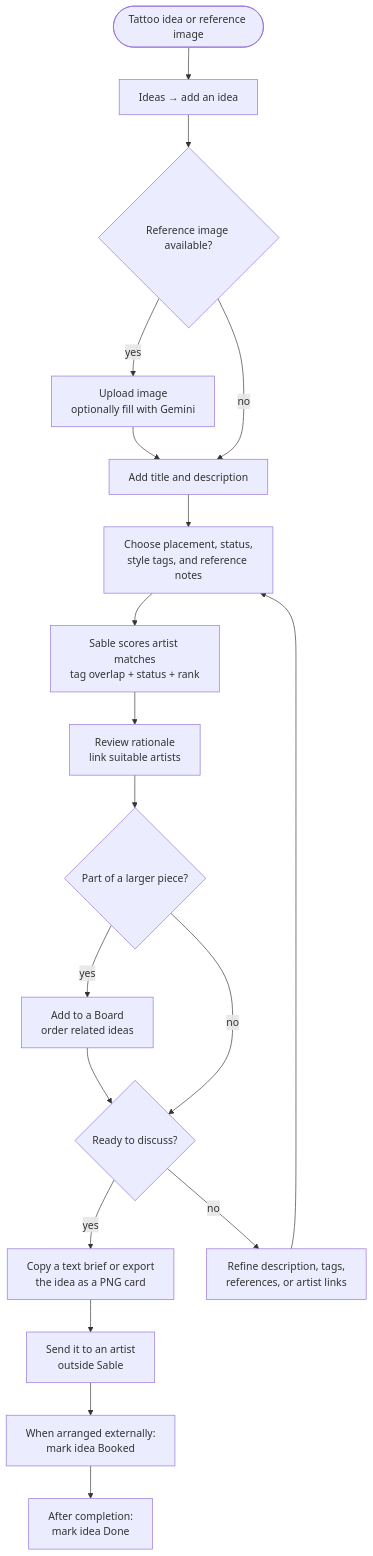
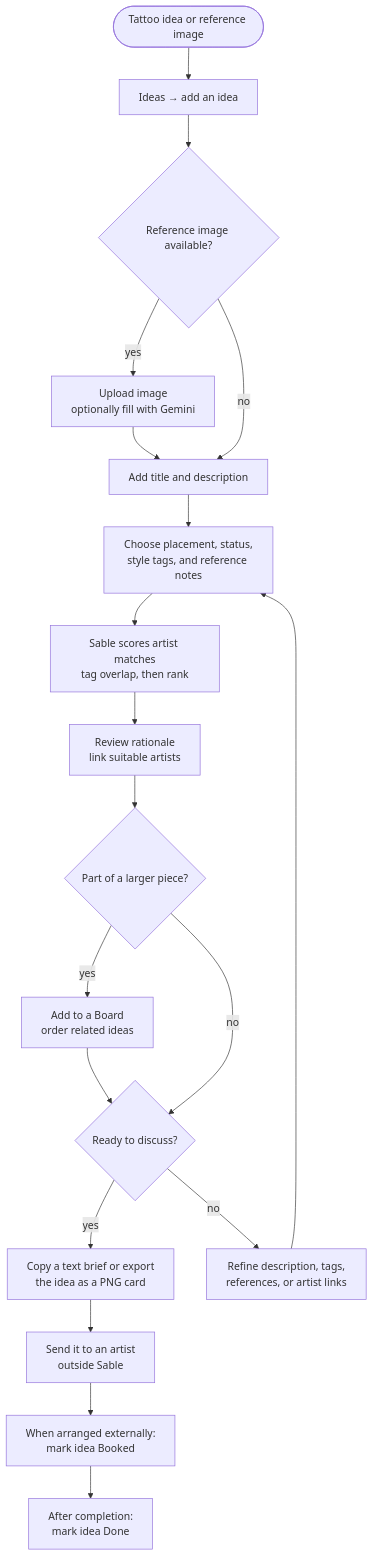
One commit to Pritesh1980/sable changed the third of 8 diagrams in docs/USER-WORKFLOWS.md. Above: the diagram before and after it, drawn with Mermaid. The commit also changed other lines of this file and 85 other files, not shown here.

First line of the commit message:
feat(plan): Pipeline becomes Plan, and artist status leaves the app (#220 D)

````diff
--- a/docs/USER-WORKFLOWS.md
+++ b/docs/USER-WORKFLOWS.md
@@ -124,28 +118,28 @@
 ```mermaid
 flowchart TB
   START(["Tattoo idea or reference image"])
   NEW["Ideas → add an idea"]
   IMAGE{"Reference image available?"}
   FILL["Upload image<br/>optionally fill with Gemini"]
   WRITE["Add title and description"]
   SHAPE["Choose placement, status,<br/>style tags, and reference notes"]
-  MATCH["Sable scores artist matches<br/>tag overlap + status + rank"]
+  MATCH["Sable scores artist matches<br/>tag overlap, then rank"]
   LINK["Review rationale<br/>link suitable artists"]
   BOARD{"Part of a larger piece?"}
   GROUP["Add to a Board<br/>order related ideas"]
   READY{"Ready to discuss?"}
   COPY["Copy a text brief or export<br/>the idea as a PNG card"]
   SHARE["Send it to an artist<br/>outside Sable"]
   BOOKED["When arranged externally:<br/>mark idea Booked"]
   DONE["After completion:<br/>mark idea Done"]
   REFINE["Refine description, tags,<br/>references, or artist links"]
 
   START --> NEW --> IMAGE
   IMAGE -- yes --> FILL --> WRITE
   IMAGE -- no --> WRITE
   WRITE --> SHAPE --> MATCH --> LINK --> BOARD
   BOARD -- yes --> GROUP --> READY
   BOARD -- no --> READY
   READY -- yes --> COPY --> SHARE --> BOOKED --> DONE
   READY -- no --> REFINE --> SHAPE
 ```
````
